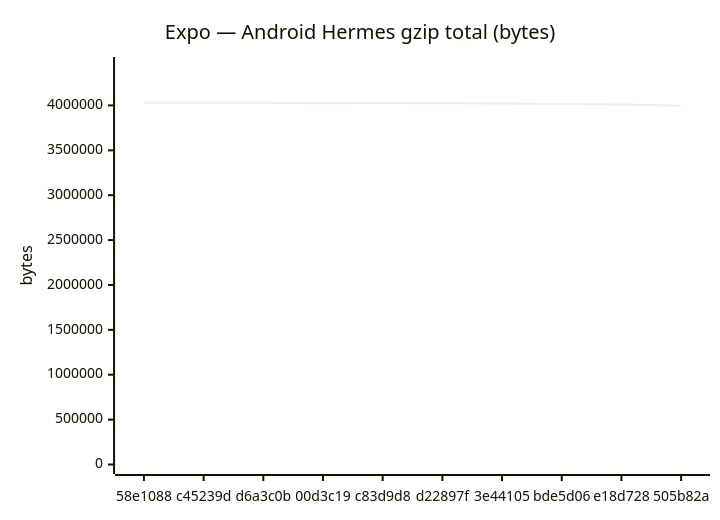
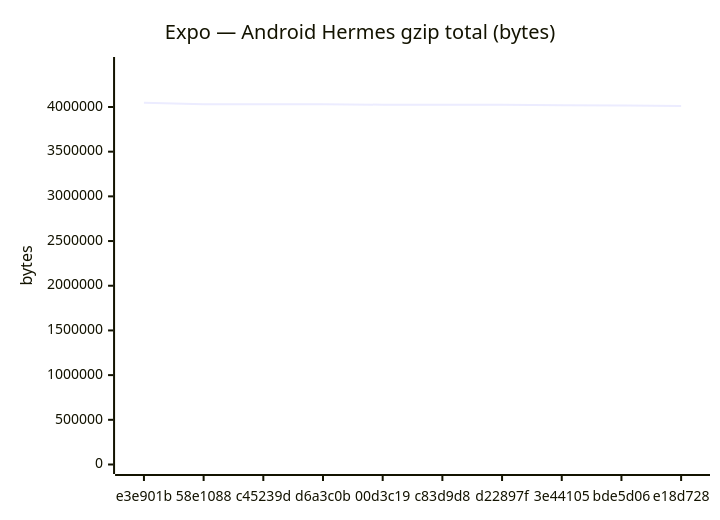
One commit to Metaheurist/Rianell changed the fifth of 18 diagrams in benchmarks/compare.md. Above: the diagram before and after it, drawn with Mermaid. The commit also changed other lines of this file and 11 other files, not shown here.

````diff
--- a/benchmarks/compare.md
+++ b/benchmarks/compare.md
@@ -89,7 +89,7 @@
 ```mermaid
 xychart-beta
     title "Expo — Android Hermes gzip total (bytes)"
-    x-axis ["58e1088", "c45239d", "d6a3c0b", "00d3c19", "c83d9d8", "d22897f", "3e44105", "bde5d06", "e18d728", "505b82a"]
-    y-axis "bytes" 0 --> 4433703
-    line [4030638, 4030634, 4030639, 4025609, 4026084, 4023969, 4020690, 4016661, 4010565, 3997221]
+    x-axis ["e3e901b", "58e1088", "c45239d", "d6a3c0b", "00d3c19", "c83d9d8", "d22897f", "3e44105", "bde5d06", "e18d728"]
+    y-axis "bytes" 0 --> 4452901
+    line [4048091, 4030638, 4030634, 4030639, 4025609, 4026084, 4023969, 4020690, 4016661, 4010565]
 ```
````
